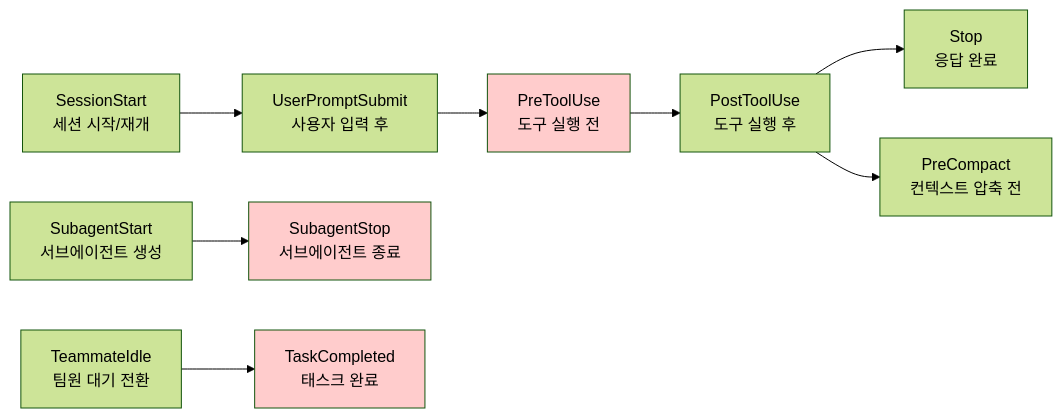
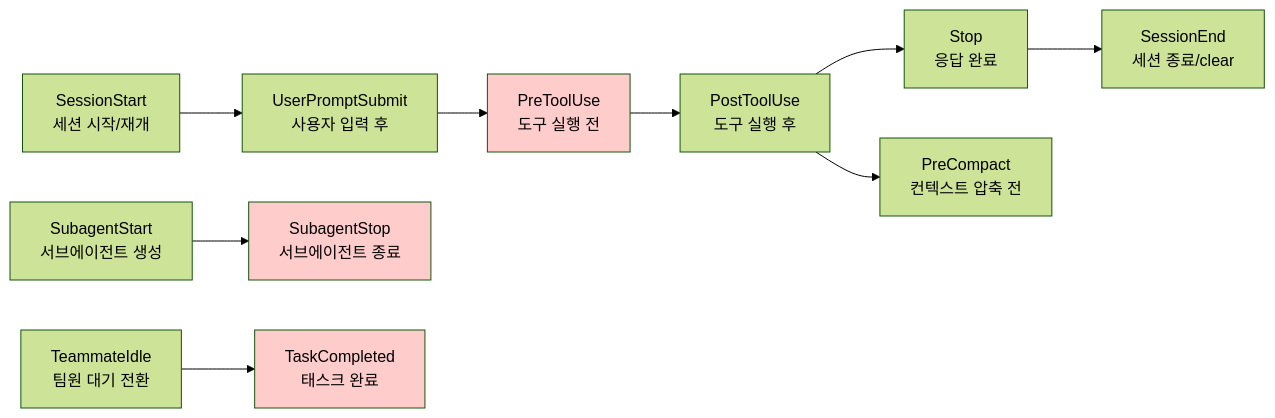
The fifth of 11 diagrams in AGENTICWORKFLOW-ARCHITECTURE-AND-PHILOSOPHY.md (oogisoogi/AgenticWorkflow), drawn with Mermaid (forest theme) before and after one commit. The commit also changed other lines of this file and 10 other files, not shown here.

````diff
--- a/AGENTICWORKFLOW-ARCHITECTURE-AND-PHILOSOPHY.md
+++ b/AGENTICWORKFLOW-ARCHITECTURE-AND-PHILOSOPHY.md
@@ -409,22 +416,23 @@
 ```mermaid
 graph LR
     SS["SessionStart<br/>세션 시작/재개"]
     UPS["UserPromptSubmit<br/>사용자 입력 후"]
     PRE["PreToolUse<br/>도구 실행 전"]
     POST["PostToolUse<br/>도구 실행 후"]
     STOP["Stop<br/>응답 완료"]
+    SE["SessionEnd<br/>세션 종료/clear"]
     SAS["SubagentStart<br/>서브에이전트 생성"]
     SAST["SubagentStop<br/>서브에이전트 종료"]
     TI["TeammateIdle<br/>팀원 대기 전환"]
     TC["TaskCompleted<br/>태스크 완료"]
     PC["PreCompact<br/>컨텍스트 압축 전"]
 
-    SS --> UPS --> PRE --> POST --> STOP
+    SS --> UPS --> PRE --> POST --> STOP --> SE
     SAS --> SAST
     TI --> TC
     POST --> PC
 
     style PRE fill:#ffcccc
     style TC fill:#ffcccc
     style SAST fill:#ffcccc
 ```
````
